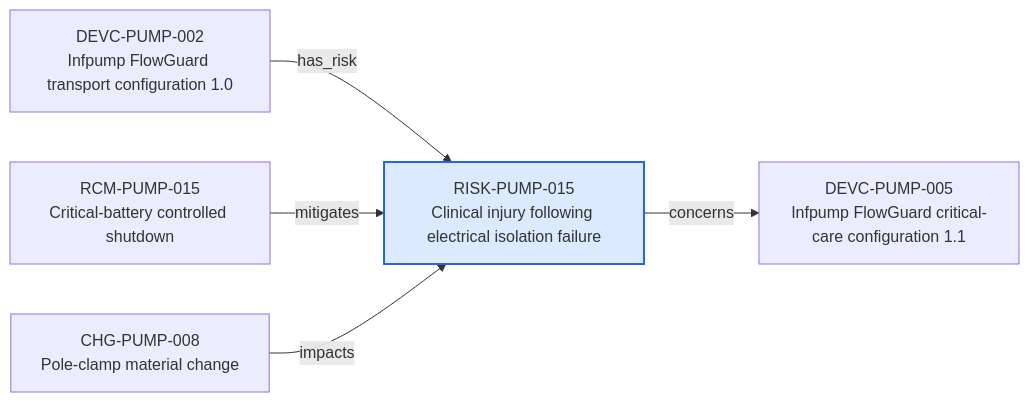
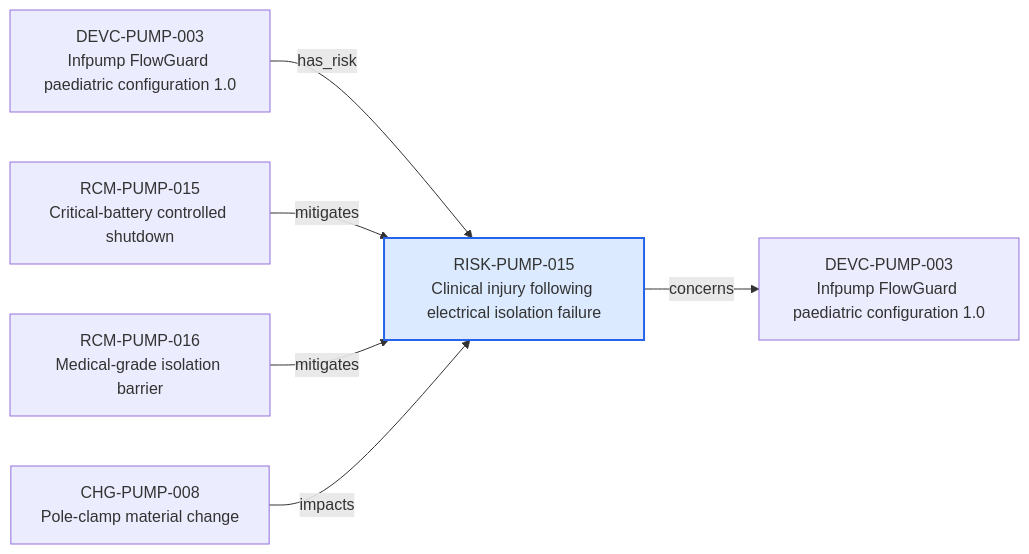
One commit to mvattulainen/mdrontology changed the diagram in content/06-Infpump FlowGuard ontology notes/risk/RISK-PUMP-015-clinical-injury-following-electrical-isolation-failure.md. Above: the diagram before and after it, drawn with Mermaid. The commit also changed other lines of this file and 321 other files, not shown here.

Commit message:
Implement Mermaid ontology audit findings

````diff
--- a/content/06-Infpump FlowGuard ontology notes/risk/RISK-PUMP-015-clinical-injury-following-electrical-isolation-failure.md
+++ b/content/06-Infpump FlowGuard ontology notes/risk/RISK-PUMP-015-clinical-injury-following-electrical-isolation-failure.md
@@ -75,14 +77,16 @@
 ```mermaid
 flowchart LR
   CURRENT["RISK-PUMP-015<br/>Clinical injury following electrical isolation failure"]
-  PREV0["DEVC-PUMP-002<br/>Infpump FlowGuard transport configuration 1.0"]
+  PREV0["DEVC-PUMP-003<br/>Infpump FlowGuard paediatric configuration 1.0"]
   PREV0 -->|"has_risk"| CURRENT
   PREV1["RCM-PUMP-015<br/>Critical-battery controlled shutdown"]
   PREV1 -->|"mitigates"| CURRENT
-  PREV2["CHG-PUMP-008<br/>Pole-clamp material change"]
-  PREV2 -->|"impacts"| CURRENT
-  NEXT0["DEVC-PUMP-005<br/>Infpump FlowGuard critical-care configuration 1.1"]
+  PREV2["RCM-PUMP-016<br/>Medical-grade isolation barrier"]
+  PREV2 -->|"mitigates"| CURRENT
+  PREV3["CHG-PUMP-008<br/>Pole-clamp material change"]
+  PREV3 -->|"impacts"| CURRENT
+  NEXT0["DEVC-PUMP-003<br/>Infpump FlowGuard paediatric configuration 1.0"]
   CURRENT -->|"concerns"| NEXT0
   classDef current fill:#dbeafe,stroke:#2563eb,stroke-width:2px
   class CURRENT current
 ```
````
